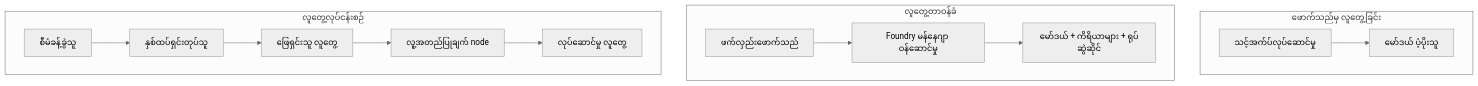
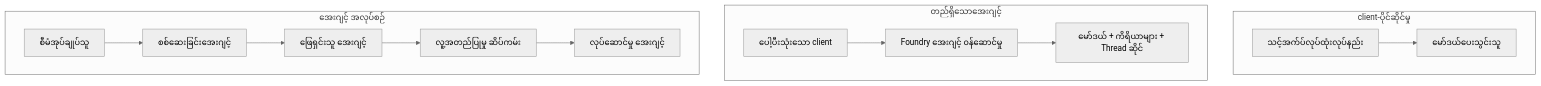
The first of 4 diagrams in mirrors/repos/microsoft@ai-agents-for-beginners/translations/my/16-deploying-scalable-agents/README.md (gabrielmoreira/agent-skills-mirror), drawn with Mermaid (neutral theme) before and after one commit. The commit also changed other lines of this file and 3581 other files, not shown here.

````diff
--- a/mirrors/repos/microsoft@ai-agents-for-beginners/translations/my/16-deploying-scalable-agents/README.md
+++ b/mirrors/repos/microsoft@ai-agents-for-beginners/translations/my/16-deploying-scalable-agents/README.md
@@ -87,16 +87,16 @@
 ```mermaid
 flowchart TB
-    subgraph P1[ဖောက်သည်မှ လူတွေ့ခြင်း]
-        A1[သင့်အက်ပ်လုပ်ဆောင်မှု] --> M1[မော်ဒယ် ပံ့ပိုးသူ]
+    subgraph P1[client-ပိုင်ဆိုင်မှု]
+        A1[သင့်အက်ပ်လုပ်ထုံးလုပ်နည်း] --> M1[မော်ဒယ်ပေးသွင်းသူ]
     end
-    subgraph P2[လူတွေ့တာဝန်ခံ]
-        A2[ဖက်လှည်းဖောက်သည်] --> F2[Foundry မန်နေဂျာ ဝန်ဆောင်မှု]
-        F2 --> M2[မော်ဒယ် + ကိရိယာများ + ရုပ်ဆွဲဆိုင်]
+    subgraph P2[တည်ရှိသောအေးဂျင့်]
+        A2[ပေါ့ပီးသုံးသော client] --> F2[Foundry အေးဂျင့် ၀န်ဆောင်မှု]
+        F2 --> M2[မော်ဒယ် + ကိရိယာများ + Thread ဆိုင်]
     end
-    subgraph P3[လူတွေ့လုပ်ငန်းစဉ်]
-        A3[စီမံခန့်ခွဲသူ] --> S1[နှစ်ထပ်ရှင်းတုပ်သူ]
-        S1 --> S2[ဖြေရှင်းသူ လူတွေ့]
-        S2 --> H[လူ့အတည်ပြုချက် node]
-        H --> S3[လုပ်ဆောင်မှု လူတွေ့]
+    subgraph P3[အေးဂျင့် အလုပ်စဉ်]
+        A3[စီမံအုပ်ချုပ်သူ] --> S1[စစ်ဆေးခြင်းအေးဂျင့်]
+        S1 --> S2[ဖြေရှင်းသူ အေးဂျင့်]
+        S2 --> H[လူ့အတည်ပြုမှု ဆိပ်ကမ်း]
+        H --> S3[လုပ်ဆောင်မှု အေးဂျင့်]
     end
 ```
````
